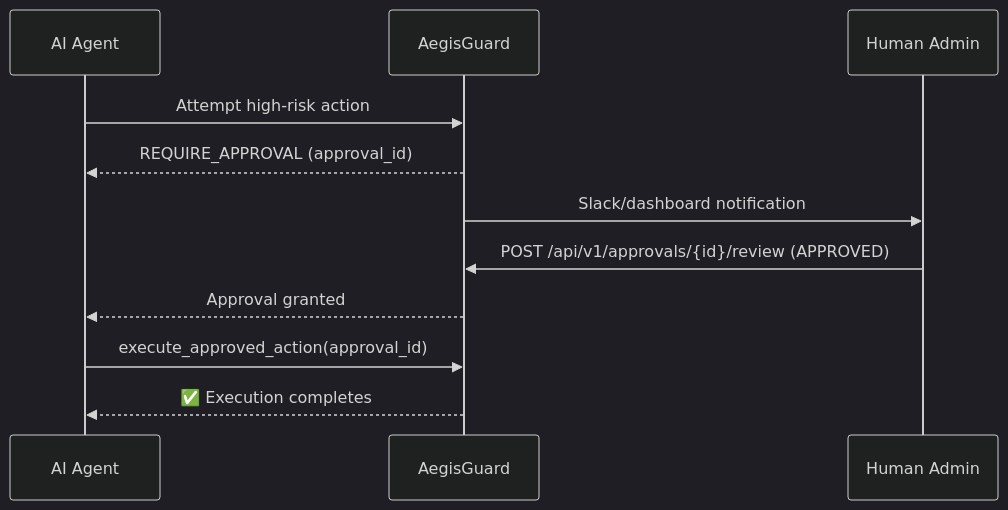
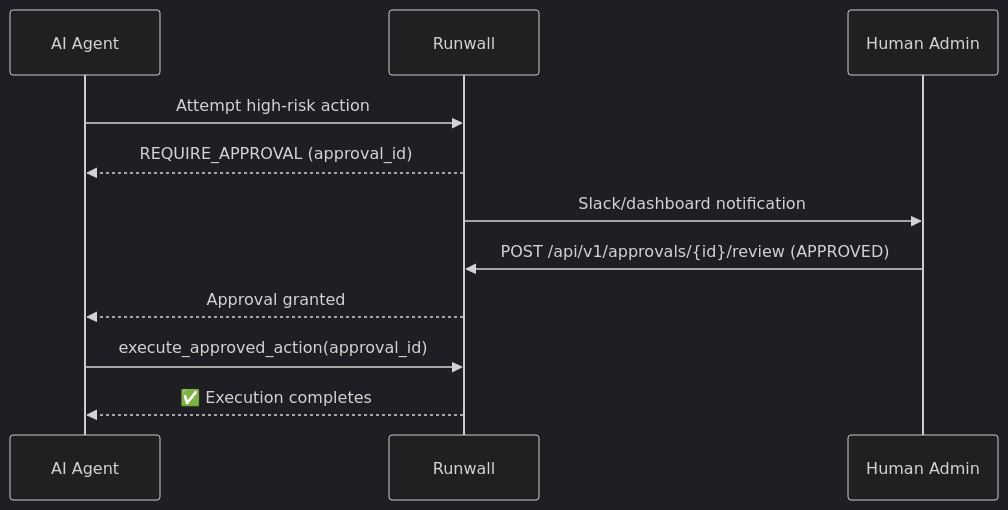
One commit to dushyantzz/Runwall changed the fourth of 6 diagrams in README.md. Above: the diagram before and after it, drawn with Mermaid (dark theme). The commit also changed other lines of this file, not shown here.

Commit message:
chore: rename project to Runwall throughout README

````diff
--- a/README.md
+++ b/README.md
@@ -217,14 +217,14 @@
 ```mermaid
 sequenceDiagram
     participant Agent as AI Agent
-    participant Aegis as AegisGuard
+    participant Aegis as Runwall
     participant Admin as Human Admin
 
     Agent->>Aegis: Attempt high-risk action
     Aegis-->>Agent: REQUIRE_APPROVAL (approval_id)
     Aegis->>Admin: Slack/dashboard notification
     Admin->>Aegis: POST /api/v1/approvals/{id}/review (APPROVED)
     Aegis-->>Agent: Approval granted
     Agent->>Aegis: execute_approved_action(approval_id)
     Aegis-->>Agent: ✅ Execution completes
 ```
````
